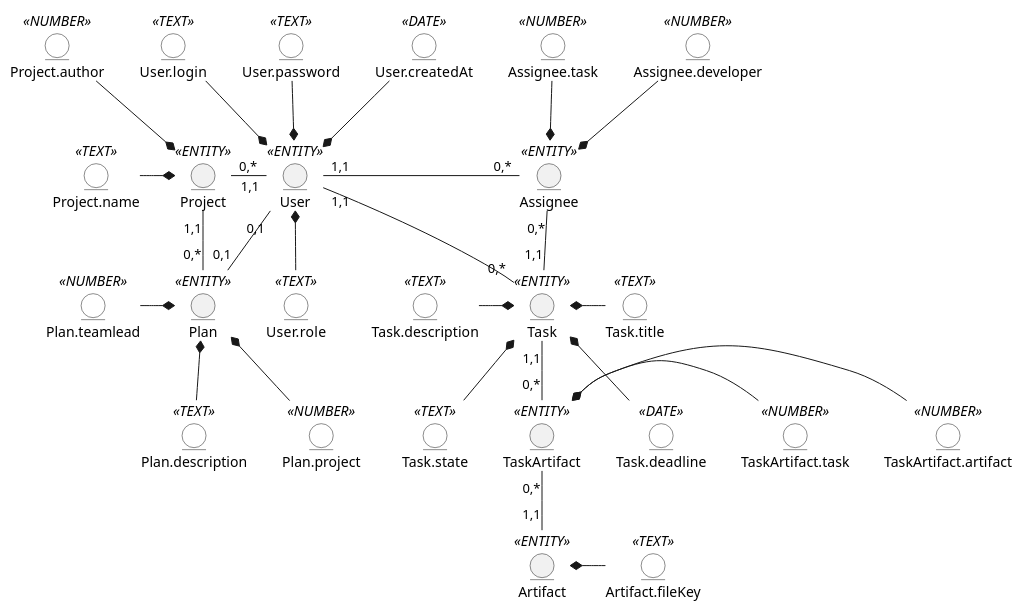
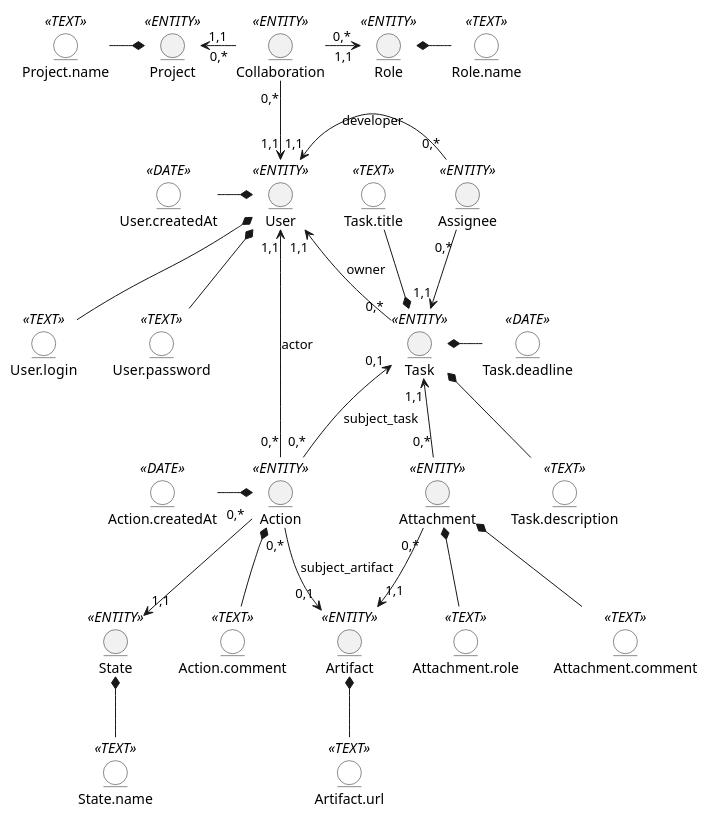
Before and after one commit to vtarasiuk/proj-control: the first of 2 diagrams in docs/design/README.md, drawn with PlantUML. The commit also changed other lines of this file, not shown here.

Commit message:
fix: improve ER and BE diagrams

```diff
--- a/docs/design/README.md
+++ b/docs/design/README.md
@@ -12,72 +12,77 @@
   @startuml
-  
+
   entity Project <<ENTITY>>
   entity Project.name <<TEXT>> #ffffff
-  entity Project.author <<NUMBER>> #ffffff
 
   entity User <<ENTITY>>
   entity User.login <<TEXT>> #ffffff
   entity User.password <<TEXT>> #ffffff
   entity User.createdAt <<DATE>> #ffffff
-  entity User.role <<TEXT>> #ffffff
-  
-  entity Plan <<ENTITY>>
-  entity Plan.description <<TEXT>> #ffffff
-  entity Plan.project <<NUMBER>> #ffffff
-  entity Plan.teamlead <<NUMBER>> #ffffff
+
+  entity Collaboration <<ENTITY>>
+
+  entity Role <<ENTITY>>
+  entity Role.name <<TEXT>> #ffffff
 
   entity Task <<ENTITY>>
   entity Task.title <<TEXT>> #ffffff
   entity Task.description <<TEXT>> #ffffff
   entity Task.deadline <<DATE>> #ffffff
-  entity Task.state <<TEXT>> #ffffff
+
+  entity Action <<ENTITY>>
+  entity Action.comment <<TEXT>> #ffffff
+  entity Action.createdAt <<DATE>> #ffffff
+
+  entity State <<ENTITY>>
+  entity State.name <<TEXT>> #ffffff
 
   entity Assignee <<ENTITY>>
-  entity Assignee.task <<NUMBER>> #ffffff
-  entity Assignee.developer <<NUMBER>> #ffffff
 
-  entity TaskArtifact <<ENTITY>>
-  entity TaskArtifact.task <<NUMBER>> #ffffff
-  entity TaskArtifact.artifact <<NUMBER>> #ffffff
+  entity Attachment <<ENTITY>>
+  entity Attachment.role <<TEXT>> #ffffff
+  entity Attachment.comment <<TEXT>> #ffffff
 
   entity Artifact <<ENTITY>>
-  entity Artifact.fileKey <<TEXT>> #ffffff
+  entity Artifact.url <<TEXT>> #ffffff
 
 
   Project.name -r-* Project
-  Project.author -d-* Project
 
-  User.login -d-* User
-  User.password -d-* User
-  User.createdAt -d-* User
-  User.role -u-* User
+  User.login -u-* User
+  User.password -u-* User
+  User.createdAt -r-* User
 
-  Plan.description -u-* Plan
-  Plan.project -u-* Plan
-  Plan.teamlead -r-* Plan
+  Role.name -l-* Role
 
-  Task.title -l-* Task
-  Task.description -r-* Task
-  Task.deadline -u-* Task
-  Task.state -u-* Task
+  Task.title -d-* Task
+  Task.description -u-* Task
+  Task.deadline -l-* Task
 
-  Assignee.task -d-* Assignee
-  Assignee.developer -d-* Assignee
+  Action.comment -u-* Action
+  Action.createdAt -r-* Action
 
-  TaskArtifact.task -l-* TaskArtifact
-  TaskArtifact.artifact -l-* TaskArtifact
+  State.name -u-* State
 
-  Artifact.fileKey -l-* Artifact
+  Attachment.role -u-* Attachment
+  Attachment.comment -u-* Attachment
+
+  Artifact.url -u-* Artifact
 
 
-  Project "0,*" -r- "1,1" User
-  Project "1,1" -d- "0,*" Plan
-  Plan "0,1" -u- "0,1" User
-  User "1,1" -r- "0,*" Task
-  User "1,1" -r- "0,*" Assignee
-  Assignee "0,*" -d- "1,1" Task
-  Task "1,1" -d- "0,*" TaskArtifact
-  TaskArtifact "0,*" -- "1,1" Artifact
+  Collaboration "0,*" -l-> "1,1" Project
+  Collaboration "0,*" -d-> "1,1" User
+  Collaboration "0,*" -r-> "1,1" Role
 
+  User "1,1" <-- "0,*" Task : owner
+  User "1,1" <- "0,*" Assignee : developer
+  Assignee "0,*" --> "1,1" Task
+
+  Action "0,*" --> "1,1" State
+  Action "0,*" -u-> "1,1" User : actor
+  Action "0,*" --> "0,1" Artifact : subject_artifact
+
+  Task "1,1" <-- "0,*" Attachment
+  Task "0,1" <-- "0,*" Action : subject_task
+  Attachment "0,*" --> "1,1" Artifact
 
   @enduml
```
